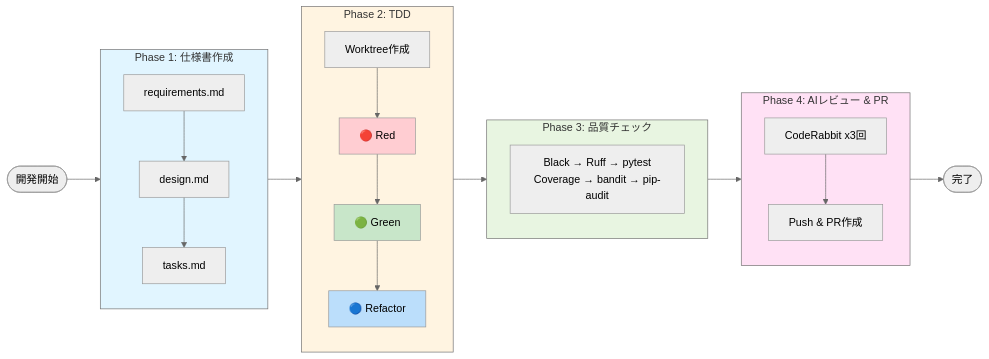
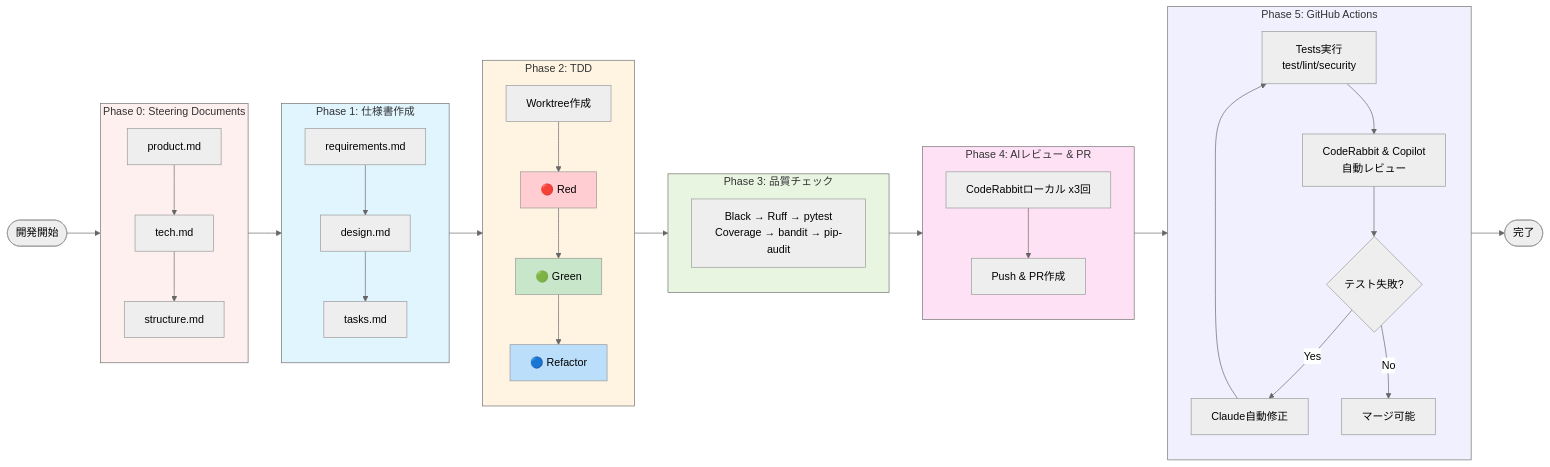
Before and after one commit to penpon/fairy: the first of 4 diagrams in workflow.md, drawn with Mermaid (neutral theme).

````diff
--- a/workflow.md
+++ b/workflow.md
@@ -5,40 +5,60 @@
 ```mermaid
 flowchart LR
-    Start([開発開始]) --> P1
+    Start([開発開始]) --> P0
+
+    subgraph P0[Phase 0: Steering Documents]
+        direction TB
+        Product[product.md] --> Tech[tech.md] --> Structure[structure.md]
+    end
+
+    P0 --> P1
 
     subgraph P1[Phase 1: 仕様書作成]
         direction TB
         Req[requirements.md] --> Design[design.md] --> Tasks[tasks.md]
     end
 
     P1 --> P2
 
     subgraph P2[Phase 2: TDD]
         direction TB
         Worktree[Worktree作成] --> Red[🔴 Red] --> Green[🟢 Green] --> Refactor[🔵 Refactor]
     end
 
     P2 --> P3
 
     subgraph P3[Phase 3: 品質チェック]
         direction TB
         QC[Black → Ruff → pytest<br/>Coverage → bandit → pip-audit]
     end
 
     P3 --> P4
 
     subgraph P4[Phase 4: AIレビュー & PR]
         direction TB
-        CR[CodeRabbit x3回] --> Push[Push & PR作成]
+        CR[CodeRabbitローカル x3回] --> Push[Push & PR作成]
     end
 
-    P4 --> End([完了])
+    P4 --> P5
 
+    subgraph P5[Phase 5: GitHub Actions]
+        direction TB
+        GH_Test[Tests実行<br/>test/lint/security] --> GH_Review[CodeRabbit & Copilot<br/>自動レビュー]
+        GH_Review --> GH_Fix{テスト失敗?}
+        GH_Fix -->|Yes| GH_Claude[Claude自動修正]
+        GH_Claude --> GH_Test
+        GH_Fix -->|No| GH_Merge[マージ可能]
+    end
+
+    P5 --> End([完了])
+
+    style P0 fill:#fff0f0
     style P1 fill:#e1f5ff
     style P2 fill:#fff4e1
     style P3 fill:#e8f5e1
     style P4 fill:#ffe1f5
+    style P5 fill:#f0f0ff
     style Red fill:#ffcdd2
     style Green fill:#c8e6c9
     style Refactor fill:#bbdefb
 ```
````
